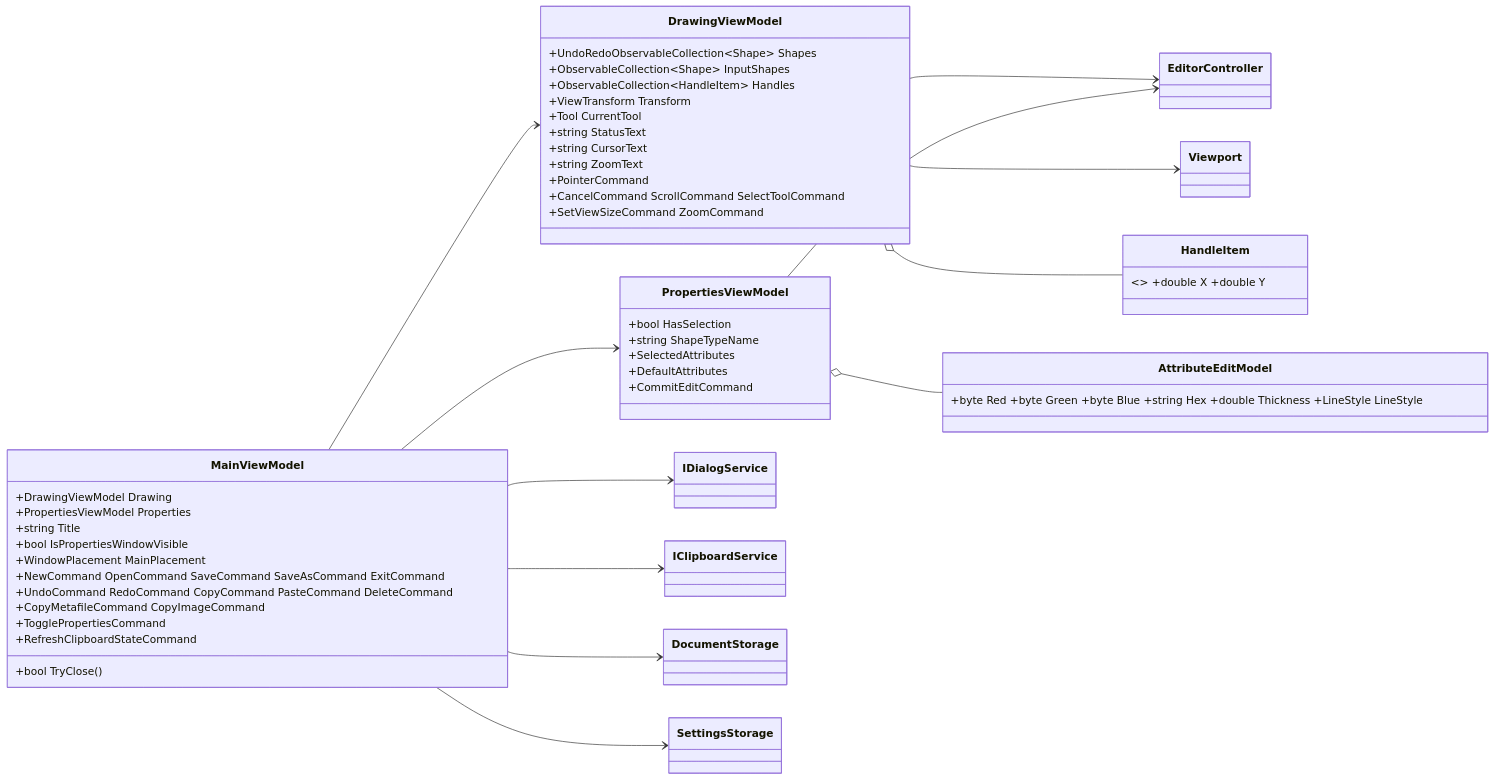
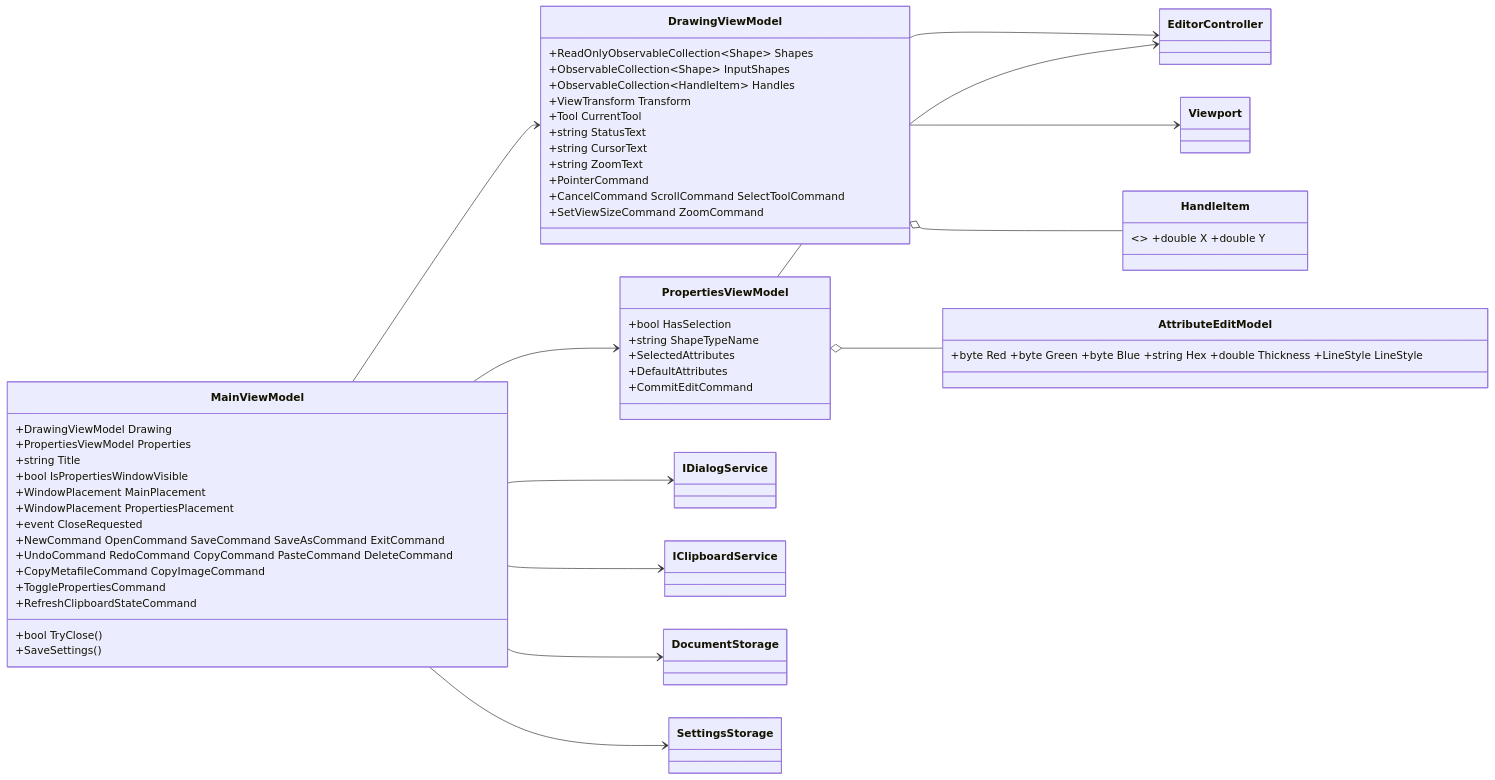
The fifth of 11 diagrams in Documents/20261105-cad-architecture.md (Fujiwo/Shos.WpfCadSample), drawn with Mermaid before and after one commit. The commit also changed other lines of this file and 2 other files, not shown here.

First line of the commit message:
Update CAD progress and architecture review documentation

````diff
--- a/Documents/20261105-cad-architecture.md
+++ b/Documents/20261105-cad-architecture.md
@@ -331,50 +344,53 @@
 ```mermaid
 classDiagram
     direction LR
     class MainViewModel {
         +DrawingViewModel Drawing
         +PropertiesViewModel Properties
         +string Title
         +bool IsPropertiesWindowVisible
         +WindowPlacement MainPlacement
+        +WindowPlacement PropertiesPlacement
+        +event CloseRequested
         +NewCommand OpenCommand SaveCommand SaveAsCommand ExitCommand
         +UndoCommand RedoCommand CopyCommand PasteCommand DeleteCommand
         +CopyMetafileCommand CopyImageCommand
         +TogglePropertiesCommand
         +RefreshClipboardStateCommand
         +bool TryClose()
+        +SaveSettings()
     }
     class DrawingViewModel {
-        +UndoRedoObservableCollection~Shape~ Shapes
+        +ReadOnlyObservableCollection~Shape~ Shapes
         +ObservableCollection~Shape~ InputShapes
         +ObservableCollection~HandleItem~ Handles
         +ViewTransform Transform
         +Tool CurrentTool
         +string StatusText
         +string CursorText
         +string ZoomText
         +PointerCommand
         +CancelCommand ScrollCommand SelectToolCommand
         +SetViewSizeCommand ZoomCommand
     }
     class PropertiesViewModel {
         +bool HasSelection
         +string ShapeTypeName
         +SelectedAttributes
         +DefaultAttributes
         +CommitEditCommand
     }
     class HandleItem { <<record>> +double X +double Y }
     class AttributeEditModel { +byte Red +byte Green +byte Blue +string Hex +double Thickness +LineStyle LineStyle }
     MainViewModel --> DrawingViewModel
     MainViewModel --> PropertiesViewModel
     MainViewModel --> IDialogService
     MainViewModel --> IClipboardService
     MainViewModel --> DocumentStorage
     MainViewModel --> SettingsStorage
     DrawingViewModel --> EditorController
     DrawingViewModel --> Viewport
     DrawingViewModel o-- HandleItem
     PropertiesViewModel --> EditorController
     PropertiesViewModel o-- AttributeEditModel
 ```
````
